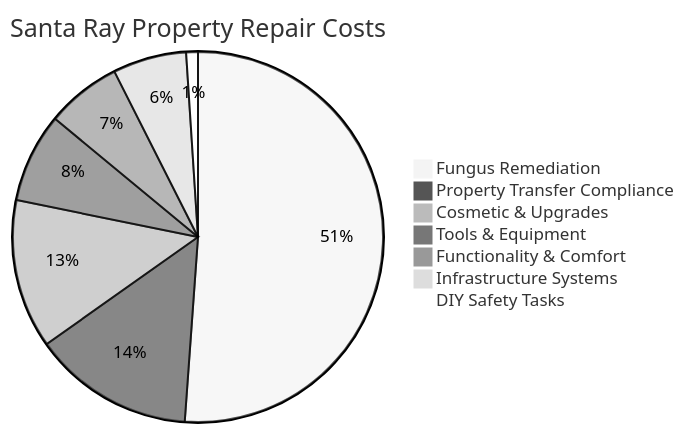
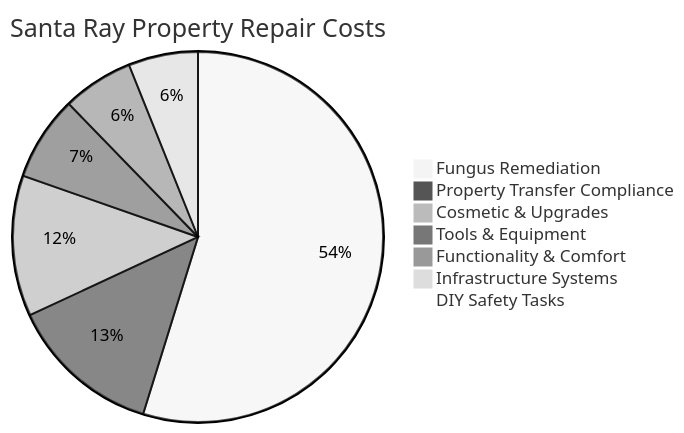
Before and after one commit to escapereason/Santa-Ray: the first of 3 diagrams in planning/master-repair-plan.md, drawn with Mermaid (neutral theme). The commit also changed other lines of this file and 32 other files, not shown here.

````diff
--- a/planning/master-repair-plan.md
+++ b/planning/master-repair-plan.md
@@ -46,10 +46,10 @@
 ```mermaid
 pie title Santa Ray Property Repair Costs
-    "Fungus Remediation" : 46211
+    "Fungus Remediation" : 52367
     "Property Transfer Compliance" : 12700
     "Cosmetic & Upgrades" : 11750
     "Tools & Equipment" : 7050
     "Functionality & Comfort" : 5920
     "Infrastructure Systems" : 5800
     "DIY Safety Tasks" : 928
 ```
````
